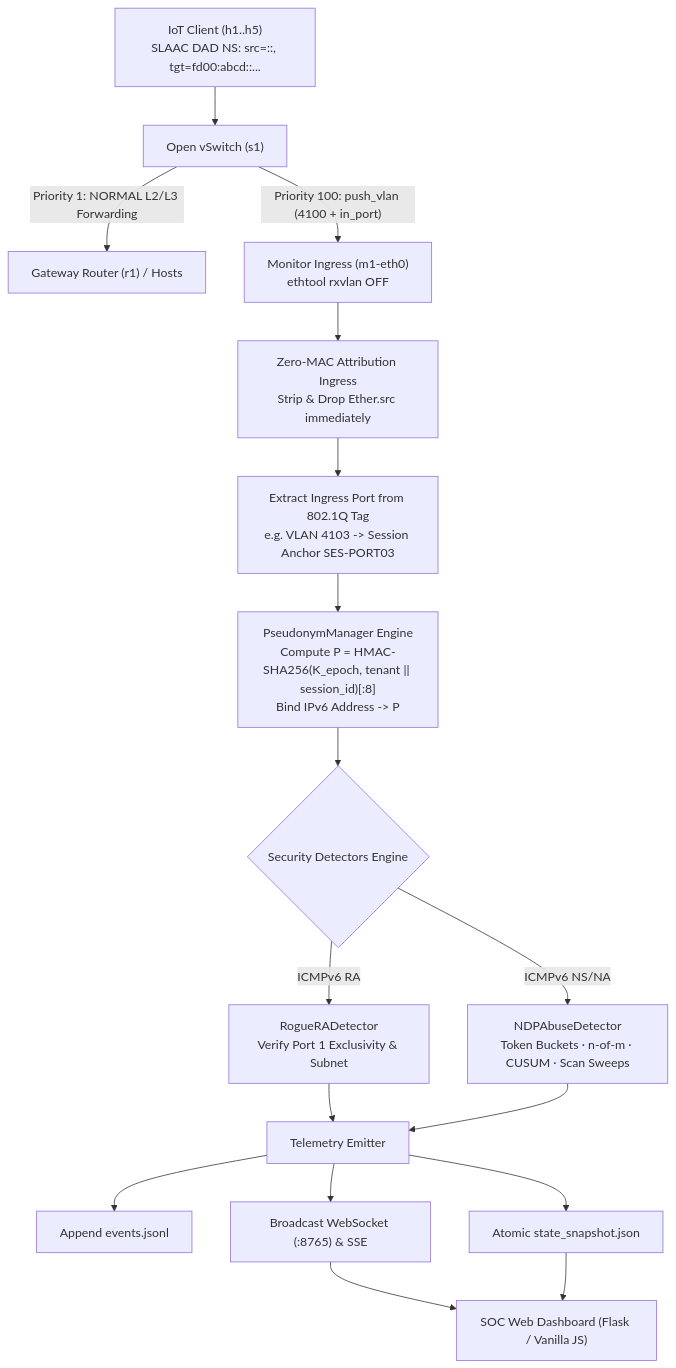
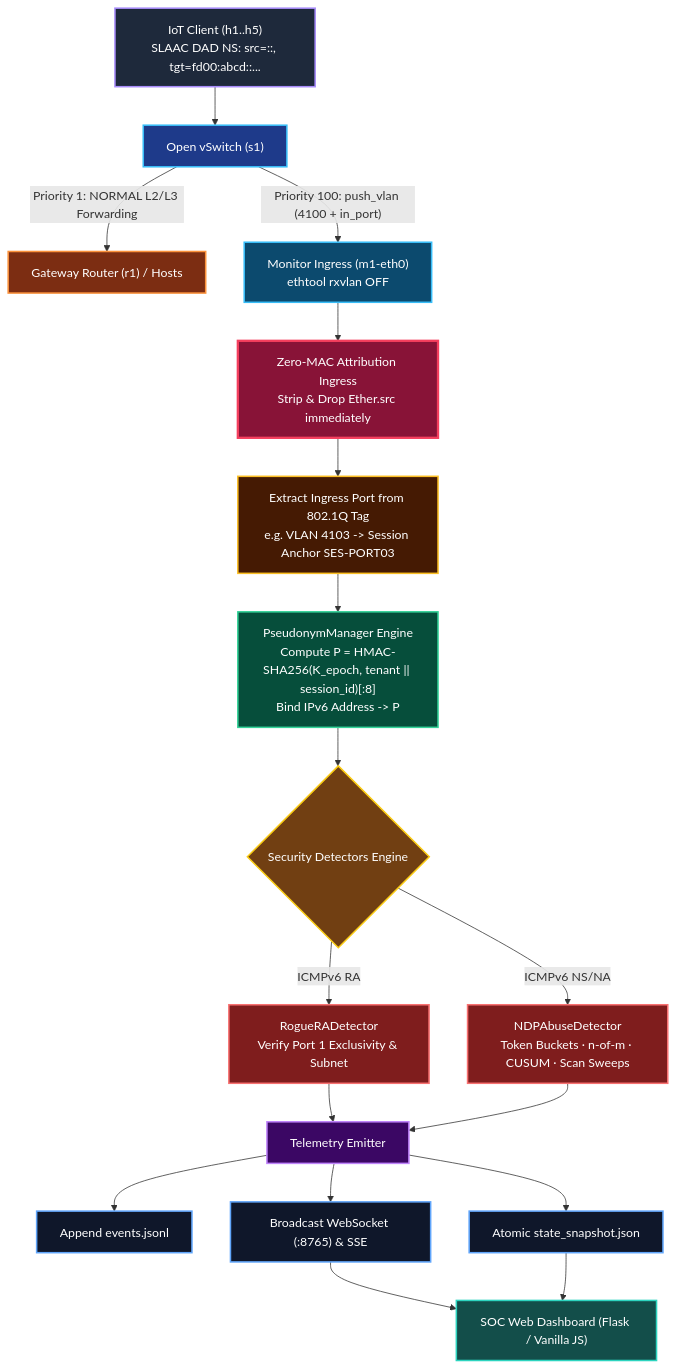
Before and after one commit to NishantMajumdar/A3-PS007-TC042: the third of 4 diagrams in src/README.md, drawn with Mermaid. The commit also changed other lines of this file, not shown here.

Commit message:
tryout better diagrams

````diff
--- a/src/README.md
+++ b/src/README.md
@@ -291,28 +319,54 @@
 ```mermaid
 flowchart TD
     Client["IoT Client (h1..h5)<br>SLAAC DAD NS: src=::, tgt=fd00:abcd::..."] --> Switch["Open vSwitch (s1)"]
     
     Switch -->|"Priority 1: NORMAL L2/L3 Forwarding"| Gateway["Gateway Router (r1) / Hosts"]
     Switch -->|"Priority 100: push_vlan (4100 + in_port)"| MonitorIntf["Monitor Ingress (m1-eth0)<br>ethtool rxvlan OFF"]
     
     MonitorIntf --> MacDrop["Zero-MAC Attribution Ingress<br>Strip & Drop Ether.src immediately"]
     
     MacDrop --> PortExtract["Extract Ingress Port from 802.1Q Tag<br>e.g. VLAN 4103 -> Session Anchor SES-PORT03"]
     
     PortExtract --> PseudoGen["PseudonymManager Engine<br>Compute P = HMAC-SHA256(K_epoch, tenant || session_id)[:8]<br>Bind IPv6 Address -> P"]
     
     PseudoGen --> Detectors{"Security Detectors Engine"}
     
     Detectors -->|"ICMPv6 RA"| RAGuard["RogueRADetector<br>Verify Port 1 Exclusivity & Subnet"]
     Detectors -->|"ICMPv6 NS/NA"| NDPGuard["NDPAbuseDetector<br>Token Buckets · n-of-m · CUSUM · Scan Sweeps"]
     
     RAGuard --> Telemetry["Telemetry Emitter"]
     NDPGuard --> Telemetry
     
     Telemetry --> Jsonl["Append events.jsonl"]
     Telemetry --> Ws["Broadcast WebSocket (:8765) & SSE"]
     Telemetry --> Snapshot["Atomic state_snapshot.json"]
     
     Ws --> Dashboard["SOC Web Dashboard (Flask / Vanilla JS)"]
     Snapshot --> Dashboard
+
+    classDef cClient fill:#1e293b,stroke:#a78bfa,stroke-width:2px,color:#ffffff;
+    classDef cSwitch fill:#1e3a8a,stroke:#38bdf8,stroke-width:2px,color:#ffffff;
+    classDef cGateway fill:#7c2d12,stroke:#fb923c,stroke-width:2px,color:#ffffff;
+    classDef cMonitor fill:#0c4a6e,stroke:#38bdf8,stroke-width:2px,color:#ffffff;
+    classDef cMacDrop fill:#881337,stroke:#f43f5e,stroke-width:3px,color:#ffffff;
+    classDef cPort fill:#451a03,stroke:#fbbf24,stroke-width:2px,color:#ffffff;
+    classDef cPseudo fill:#064e3b,stroke:#34d399,stroke-width:2px,color:#ffffff;
+    classDef cDetectors fill:#713f12,stroke:#facc15,stroke-width:2px,color:#ffffff;
+    classDef cAlert fill:#7f1d1d,stroke:#f87171,stroke-width:2px,color:#ffffff;
+    classDef cTelem fill:#3b0764,stroke:#c084fc,stroke-width:2px,color:#ffffff;
+    classDef cOut fill:#0f172a,stroke:#60a5fa,stroke-width:2px,color:#ffffff;
+    classDef cDash fill:#134e4a,stroke:#2dd4bf,stroke-width:2px,color:#ffffff;
+
+    class Client cClient;
+    class Switch cSwitch;
+    class Gateway cGateway;
+    class MonitorIntf cMonitor;
+    class MacDrop cMacDrop;
+    class PortExtract cPort;
+    class PseudoGen cPseudo;
+    class Detectors cDetectors;
+    class RAGuard,NDPGuard cAlert;
+    class Telemetry cTelem;
+    class Jsonl,Ws,Snapshot cOut;
+    class Dashboard cDash;
 ```
````
